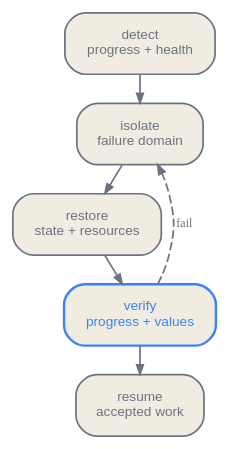
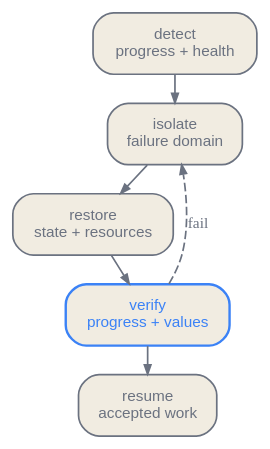
Before and after one commit to latere-ai/ai-as-an-infrastructure: the first of 3 diagrams in en/infrastructure/08-the-machine-that-breaks.qmd, drawn with Graphviz. The commit also changed other lines of this file and 1 other file, not shown here.

````diff
--- a/en/infrastructure/08-the-machine-that-breaks.qmd
+++ b/en/infrastructure/08-the-machine-that-breaks.qmd
@@ -232,17 +216,17 @@
 ```{dot}
 //| label: fig-machine-recovery
 //| fig-cap: "Recovery is closed only after verification. A failed verification returns the suspect domain to isolation instead of declaring the restart successful."
 digraph {
   bgcolor="transparent"; rankdir=TB;
   nodesep=0.13; ranksep=0.17;
-  node [shape=box, style="rounded,filled", fontname="Helvetica", fontsize=8, margin="0.10,0.06", color="#6b7280", fontcolor="#6b7280", fillcolor="#f1ece1"];
-  edge [color="#6b7280", fontcolor="#6b7280", fontsize=7, arrowsize=0.55];
+  node [shape=box, style="rounded,filled", fontname="Helvetica", fontsize=9, margin="0.10,0.06", color="#6b7280", fontcolor="#6b7280", fillcolor="#f1ece1"];
+  edge [color="#6b7280", fontcolor="#6b7280", fontsize=9, arrowsize=0.55];
   detect [label="detect\nprogress + health"];
   isolate [label="isolate\nfailure domain"];
   restore [label="restore\nstate + resources"];
   verify [label="verify\nprogress + values", color="#3b82f6", fontcolor="#3b82f6", penwidth=1.4];
   resume [label="resume\naccepted work"];
   detect -> isolate -> restore -> verify -> resume;
   verify -> isolate [label="fail", style=dashed];
 }
 ```
````
